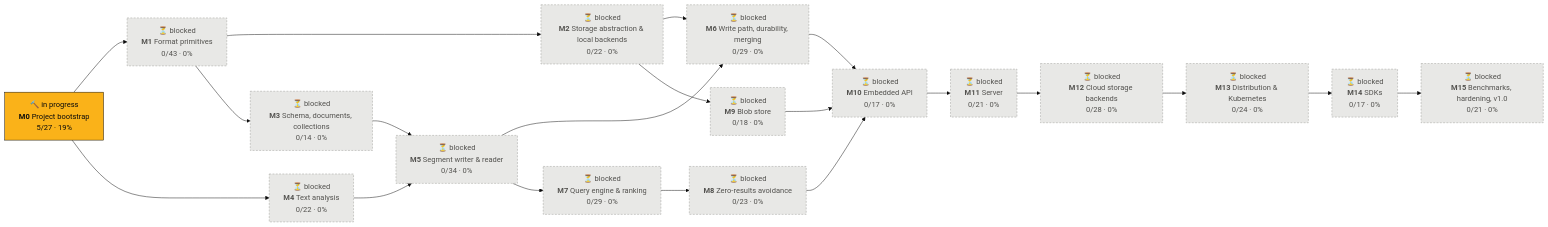
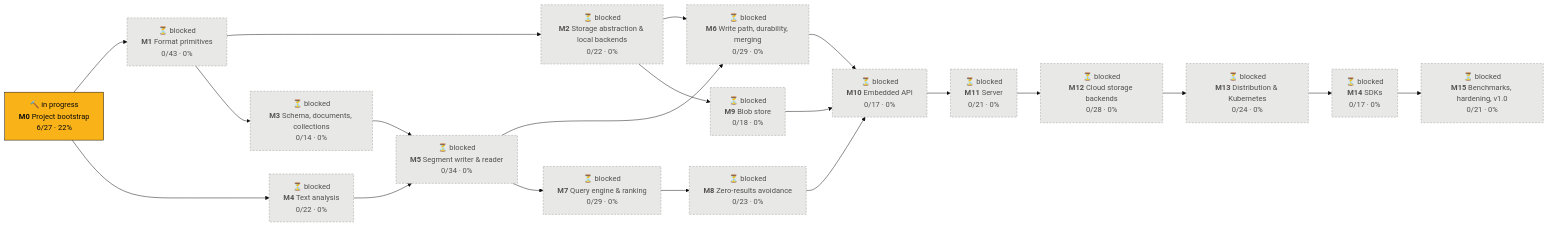
One commit to tomiok/persiaDB changed the first of 2 diagrams in PROGRESS.md. Above: the diagram before and after it, drawn with Mermaid (base theme). The commit also changed other lines of this file and 4 other files, not shown here.

````diff
--- a/PROGRESS.md
+++ b/PROGRESS.md
@@ -14,42 +14,42 @@
 ```mermaid
 flowchart LR
-  M0["🔨 in progress<br/><b>M0</b> Project bootstrap<br/>5/27 · 19%"]:::doing
+  M0["🔨 in progress<br/><b>M0</b> Project bootstrap<br/>6/27 · 22%"]:::doing
   M1["⏳ blocked<br/><b>M1</b> Format primitives<br/>0/43 · 0%"]:::blocked
   M2["⏳ blocked<br/><b>M2</b> Storage abstraction & local backends<br/>0/22 · 0%"]:::blocked
   M3["⏳ blocked<br/><b>M3</b> Schema, documents, collections<br/>0/14 · 0%"]:::blocked
   M4["⏳ blocked<br/><b>M4</b> Text analysis<br/>0/22 · 0%"]:::blocked
   M5["⏳ blocked<br/><b>M5</b> Segment writer & reader<br/>0/34 · 0%"]:::blocked
   M6["⏳ blocked<br/><b>M6</b> Write path, durability, merging<br/>0/29 · 0%"]:::blocked
   M7["⏳ blocked<br/><b>M7</b> Query engine & ranking<br/>0/29 · 0%"]:::blocked
   M8["⏳ blocked<br/><b>M8</b> Zero-results avoidance<br/>0/23 · 0%"]:::blocked
   M9["⏳ blocked<br/><b>M9</b> Blob store<br/>0/18 · 0%"]:::blocked
   M10["⏳ blocked<br/><b>M10</b> Embedded API<br/>0/17 · 0%"]:::blocked
   M11["⏳ blocked<br/><b>M11</b> Server<br/>0/21 · 0%"]:::blocked
   M12["⏳ blocked<br/><b>M12</b> Cloud storage backends<br/>0/28 · 0%"]:::blocked
   M13["⏳ blocked<br/><b>M13</b> Distribution & Kubernetes<br/>0/24 · 0%"]:::blocked
   M14["⏳ blocked<br/><b>M14</b> SDKs<br/>0/17 · 0%"]:::blocked
   M15["⏳ blocked<br/><b>M15</b> Benchmarks, hardening, v1.0<br/>0/21 · 0%"]:::blocked
   M0 --> M1
   M1 --> M2
   M1 --> M3
   M0 --> M4
   M3 --> M5
   M4 --> M5
   M2 --> M6
   M5 --> M6
   M5 --> M7
   M7 --> M8
   M2 --> M9
   M6 --> M10
   M8 --> M10
   M9 --> M10
   M10 --> M11
   M11 --> M12
   M12 --> M13
   M13 --> M14
   M14 --> M15
   classDef done fill:#0ca30c,stroke:#0b0b0b,color:#0b0b0b
   classDef doing fill:#fab219,stroke:#0b0b0b,color:#0b0b0b
   classDef ready fill:#fcfcfb,stroke:#0b0b0b,stroke-width:2px,color:#0b0b0b
   classDef blocked fill:#e8e8e6,stroke:#9a9a96,stroke-dasharray:4 3,color:#52514e
 ```
````
